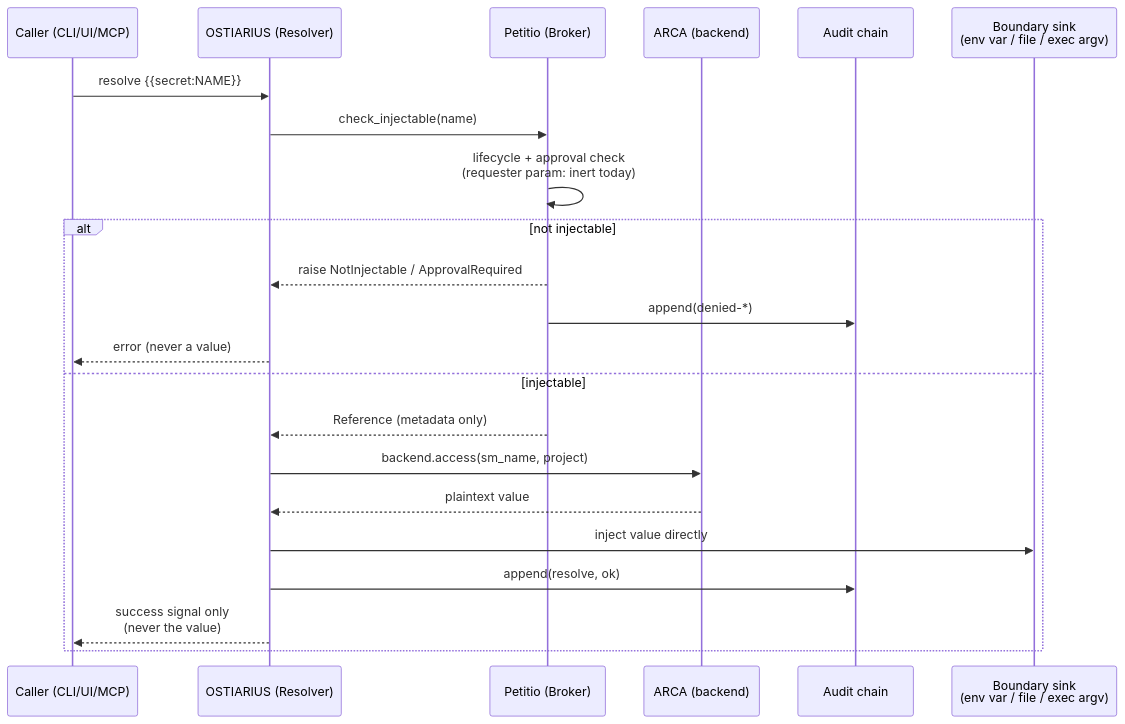
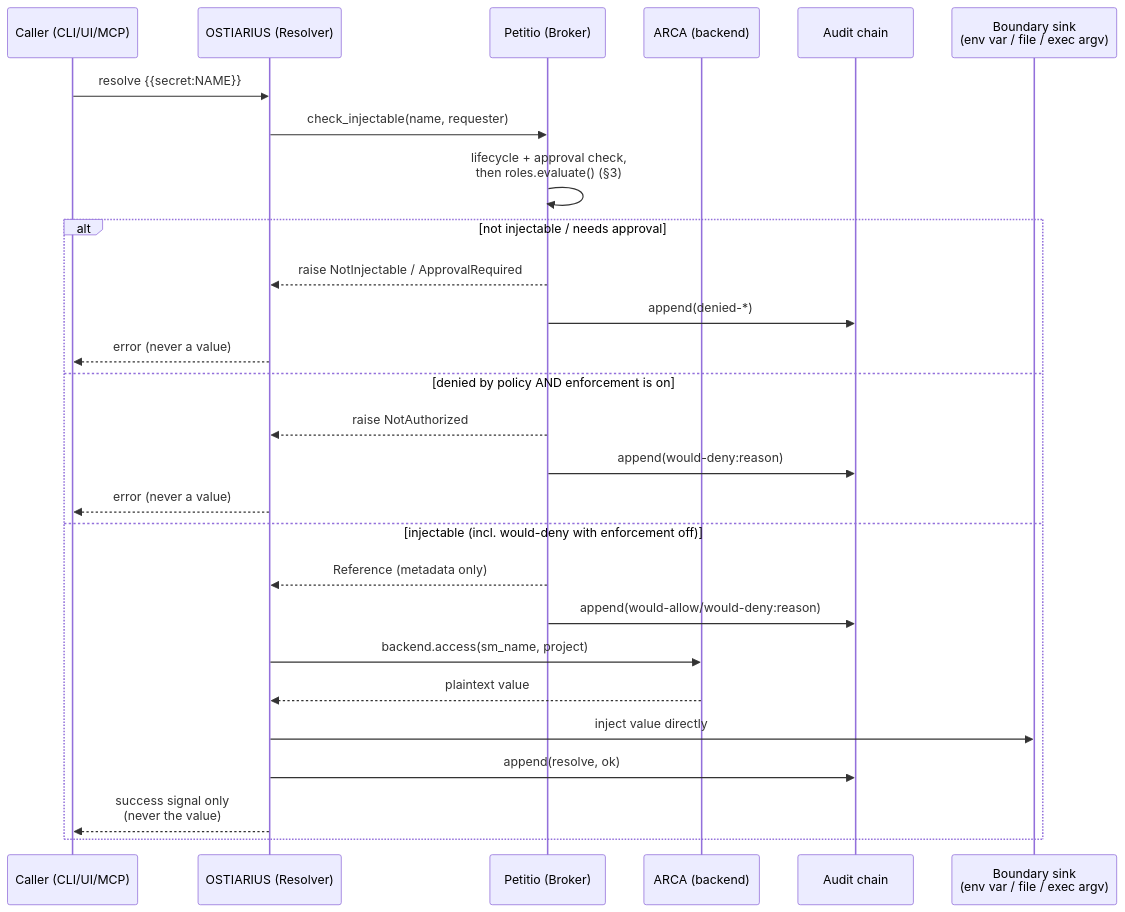
Before and after one commit to mdostal/portunus: the fourth of 5 diagrams in docs/architecture.md, drawn with Mermaid. The commit also changed other lines of this file and 7 other files, not shown here.

````diff
--- a/docs/architecture.md
+++ b/docs/architecture.md
@@ -129,28 +149,33 @@
 ```mermaid
 sequenceDiagram
     accTitle: Portunus request/resolve sequence
-    accDescr: A caller resolves a placeholder through OSTIARIUS, Petitio checks injectability, ARCA fetches the value, and the resolver injects it at the boundary sink without ever returning it.
+    accDescr: A caller resolves a placeholder through OSTIARIUS, Petitio checks injectability (lifecycle, approval, and policy), ARCA fetches the value, and the resolver injects it at the boundary sink without ever returning it.
 
     participant Caller as Caller (CLI/UI/MCP)
     participant Resolver as OSTIARIUS (Resolver)
     participant Broker as Petitio (Broker)
     participant ARCA as ARCA (backend)
     participant Audit as Audit chain
     participant Sink as Boundary sink<br/>(env var / file / exec argv)
 
     Caller->>Resolver: resolve {{secret:NAME}}
-    Resolver->>Broker: check_injectable(name)
-    Broker->>Broker: lifecycle + approval check<br/>(requester param: inert today)
-    alt not injectable
+    Resolver->>Broker: check_injectable(name, requester)
+    Broker->>Broker: lifecycle + approval check,<br/>then roles.evaluate() (§3)
+    alt not injectable / needs approval
         Broker-->>Resolver: raise NotInjectable / ApprovalRequired
         Broker->>Audit: append(denied-*)
         Resolver-->>Caller: error (never a value)
-    else injectable
+    else denied by policy AND enforcement is on
+        Broker-->>Resolver: raise NotAuthorized
+        Broker->>Audit: append(would-deny:reason)
+        Resolver-->>Caller: error (never a value)
+    else injectable (incl. would-deny with enforcement off)
         Broker-->>Resolver: Reference (metadata only)
+        Broker->>Audit: append(would-allow/would-deny:reason)
         Resolver->>ARCA: backend.access(sm_name, project)
         ARCA-->>Resolver: plaintext value
         Resolver->>Sink: inject value directly
         Resolver->>Audit: append(resolve, ok)
         Resolver-->>Caller: success signal only<br/>(never the value)
     end
 ```
````
